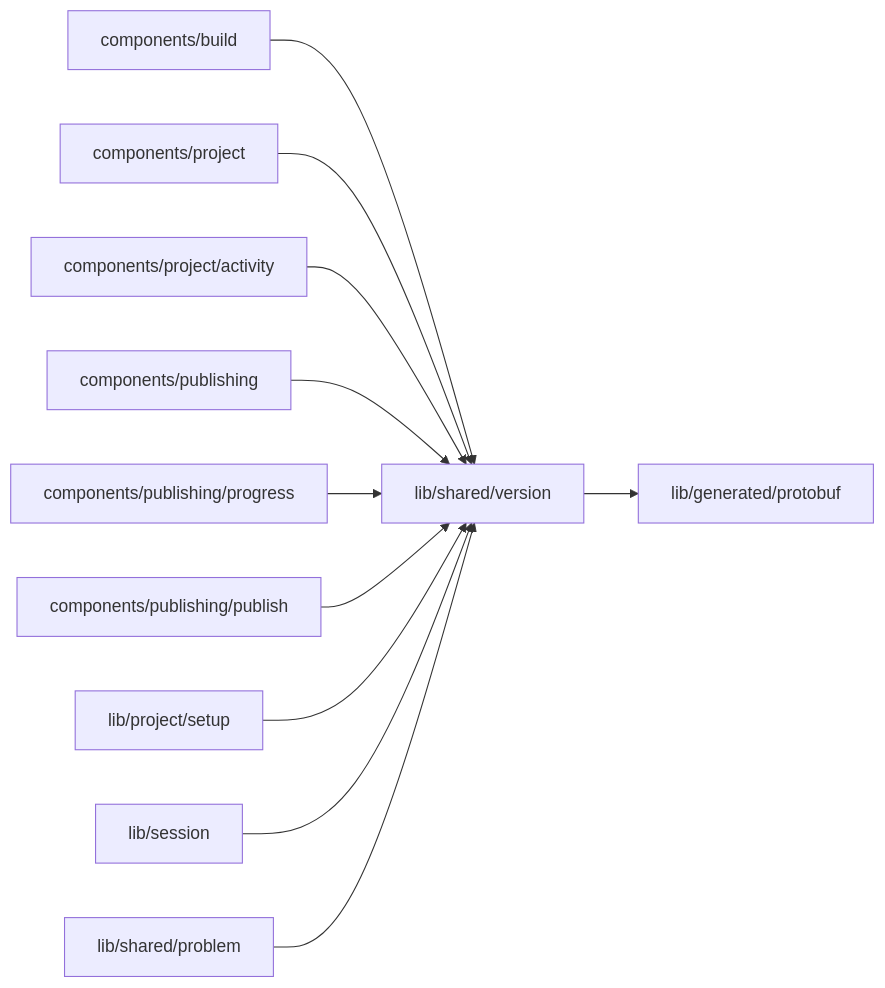
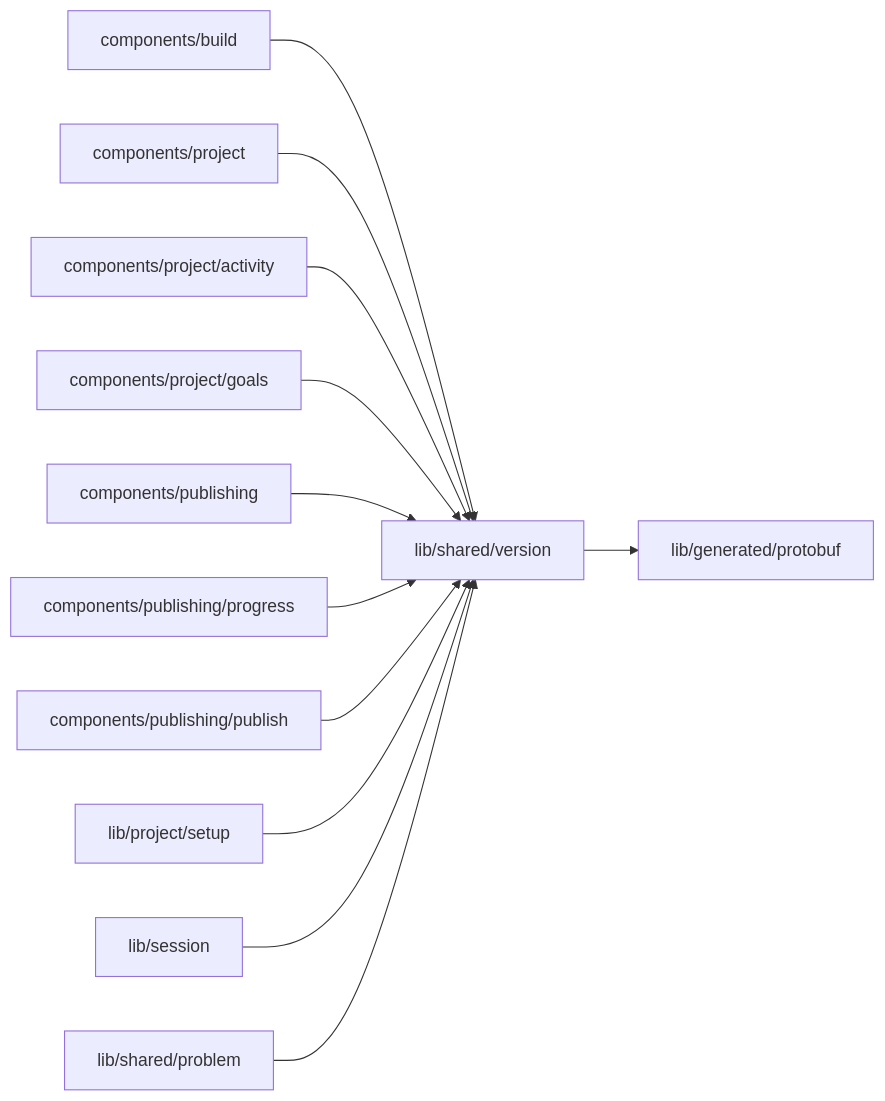
The diagram in web/studio/lib/shared/version/README.md (superdurable/superverse), drawn with Mermaid before and after one commit. The commit also changed other lines of this file and 145 other files, not shown here.

````diff
--- a/web/studio/lib/shared/version/README.md
+++ b/web/studio/lib/shared/version/README.md
@@ -10,14 +10,15 @@
 ```mermaid
 flowchart LR
   self["lib/shared/version"]
   c0["components/build"] --> self
   c1["components/project"] --> self
   c2["components/project/activity"] --> self
-  c3["components/publishing"] --> self
-  c4["components/publishing/progress"] --> self
-  c5["components/publishing/publish"] --> self
-  c6["lib/project/setup"] --> self
-  c7["lib/session"] --> self
-  c8["lib/shared/problem"] --> self
+  c3["components/project/goals"] --> self
+  c4["components/publishing"] --> self
+  c5["components/publishing/progress"] --> self
+  c6["components/publishing/publish"] --> self
+  c7["lib/project/setup"] --> self
+  c8["lib/session"] --> self
+  c9["lib/shared/problem"] --> self
   self --> d0["lib/generated/protobuf"]
 ```
````
